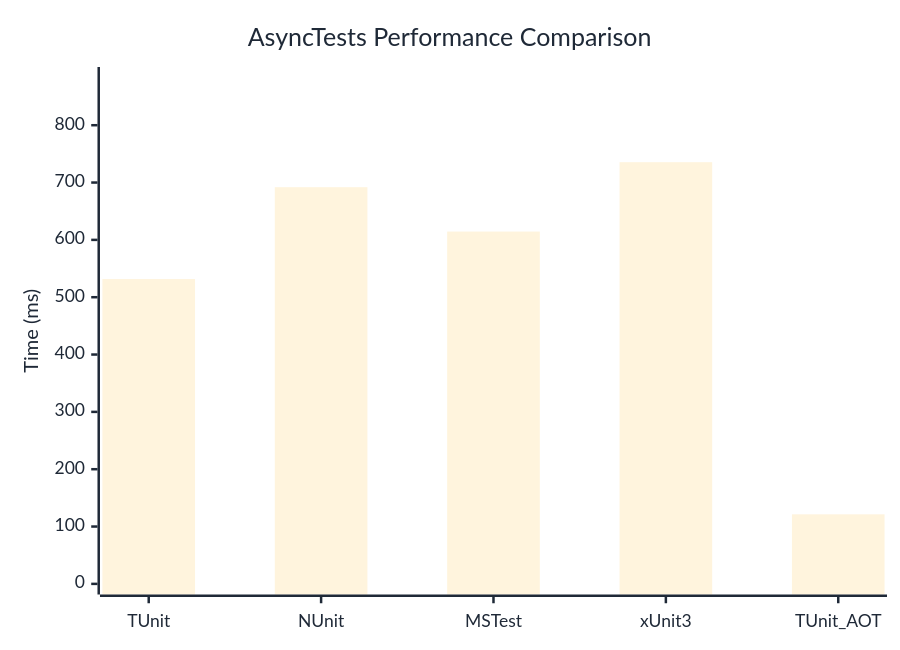
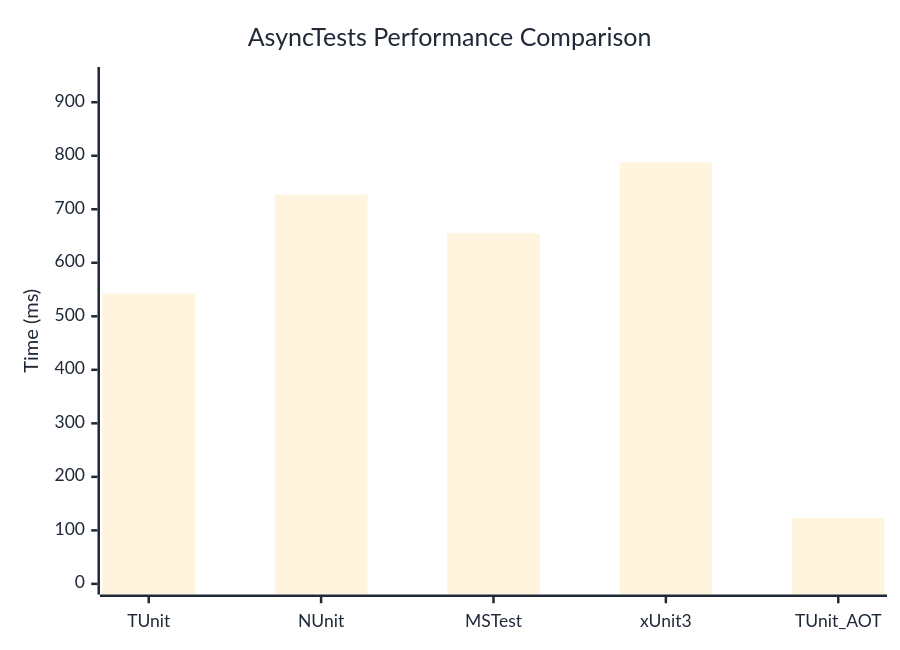
One commit to thomhurst/TUnit changed the diagram in docs/docs/benchmarks/AsyncTests.md. Above: the diagram before and after it, drawn with Mermaid. The commit also changed other lines of this file and 17 other files, not shown here.

````diff
--- a/docs/docs/benchmarks/AsyncTests.md
+++ b/docs/docs/benchmarks/AsyncTests.md
@@ -27,37 +27,37 @@
 ```mermaid
 %%{init: {
   'theme':'base',
   'themeVariables': {
     'primaryColor': '#2563eb',
     'primaryTextColor': '#1f2937',
     'primaryBorderColor': '#1e40af',
     'lineColor': '#6b7280',
     'secondaryColor': '#7c3aed',
     'tertiaryColor': '#dc2626',
     'background': '#ffffff',
     'mainBkg': '#2563eb',
     'secondBkg': '#7c3aed',
     'tertiaryBkg': '#dc2626',
     'clusterBkg': '#f3f4f6',
     'edgeLabelBackground': '#ffffff',
     'tertiaryTextColor': '#1f2937',
     'pie1': '#2563eb',
     'pie2': '#7c3aed',
     'pie3': '#dc2626',
     'pie4': '#f59e0b',
     'pie5': '#10b981',
     'pie6': '#06b6d4',
     'pie7': '#ec4899',
     'pie8': '#6366f1',
     'pie9': '#84cc16',
     'pie10': '#f97316',
     'pie11': '#14b8a6',
     'pie12': '#a855f7'
   }
 }}%%
 xychart-beta
   title "AsyncTests Performance Comparison"
   x-axis ["TUnit", "NUnit", "MSTest", "xUnit3", "TUnit_AOT"]
-  y-axis "Time (ms)" 0 --> 883
-  bar [531.7, 691.9, 614.5, 735.5, 121.3]
+  y-axis "Time (ms)" 0 --> 946
+  bar [542.4, 727.4, 655.1, 787.8, 122.8]
 ```
````
